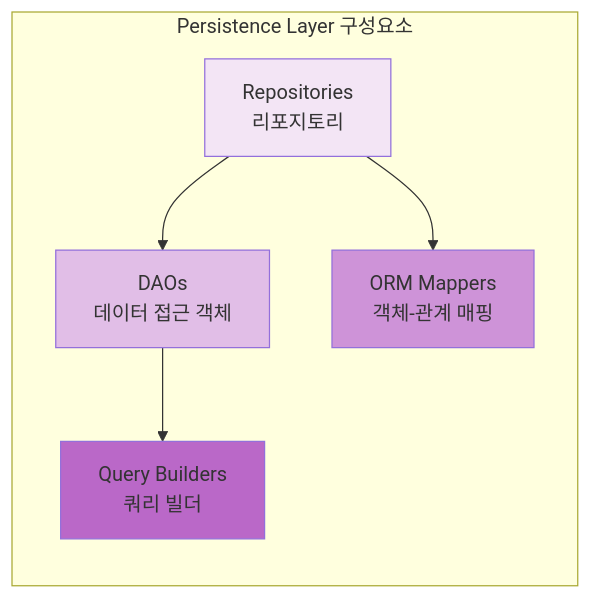
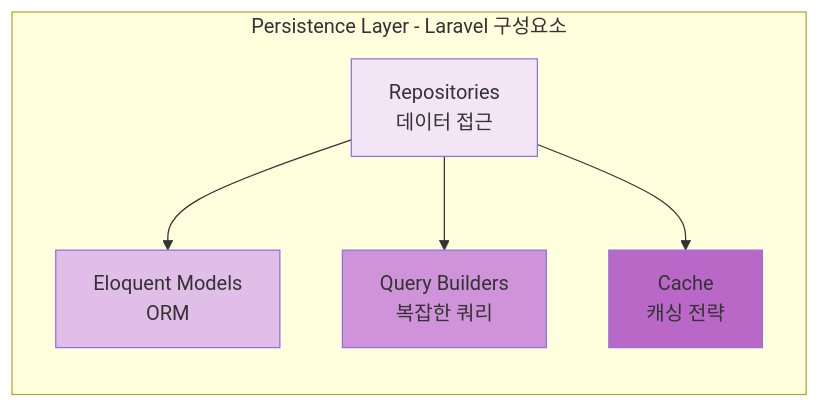
Before and after one commit to shaul1991/study-architecture: the ninth of 22 diagrams in architecture/layered/README.md, drawn with Mermaid. The commit also changed other lines of this file and 1 other file, not shown here.

First line of the commit message:
refactor: 레이어드 아키텍처 문서를 Laravel 기준으로 수정

````diff
--- a/architecture/layered/README.md
+++ b/architecture/layered/README.md
@@ -319,18 +382,18 @@
 ```mermaid
 graph LR
-    subgraph "Persistence Layer 구성요소"
-        REPO[Repositories<br/>리포지토리]
-        DAO[DAOs<br/>데이터 접근 객체]
-        ORM[ORM Mappers<br/>객체-관계 매핑]
-        QB[Query Builders<br/>쿼리 빌더]
+    subgraph "Persistence Layer - Laravel 구성요소"
+        REPO[Repositories<br/>데이터 접근]
+        MODEL[Eloquent Models<br/>ORM]
+        QB[Query Builders<br/>복잡한 쿼리]
+        CACHE[Cache<br/>캐싱 전략]
     end
 
-    REPO --> DAO
-    REPO --> ORM
-    DAO --> QB
+    REPO --> MODEL
+    REPO --> QB
+    REPO --> CACHE
 
     style REPO fill:#f3e5f5
-    style DAO fill:#e1bee7
-    style ORM fill:#ce93d8
-    style QB fill:#ba68c8
+    style MODEL fill:#e1bee7
+    style QB fill:#ce93d8
+    style CACHE fill:#ba68c8
 ```
````
